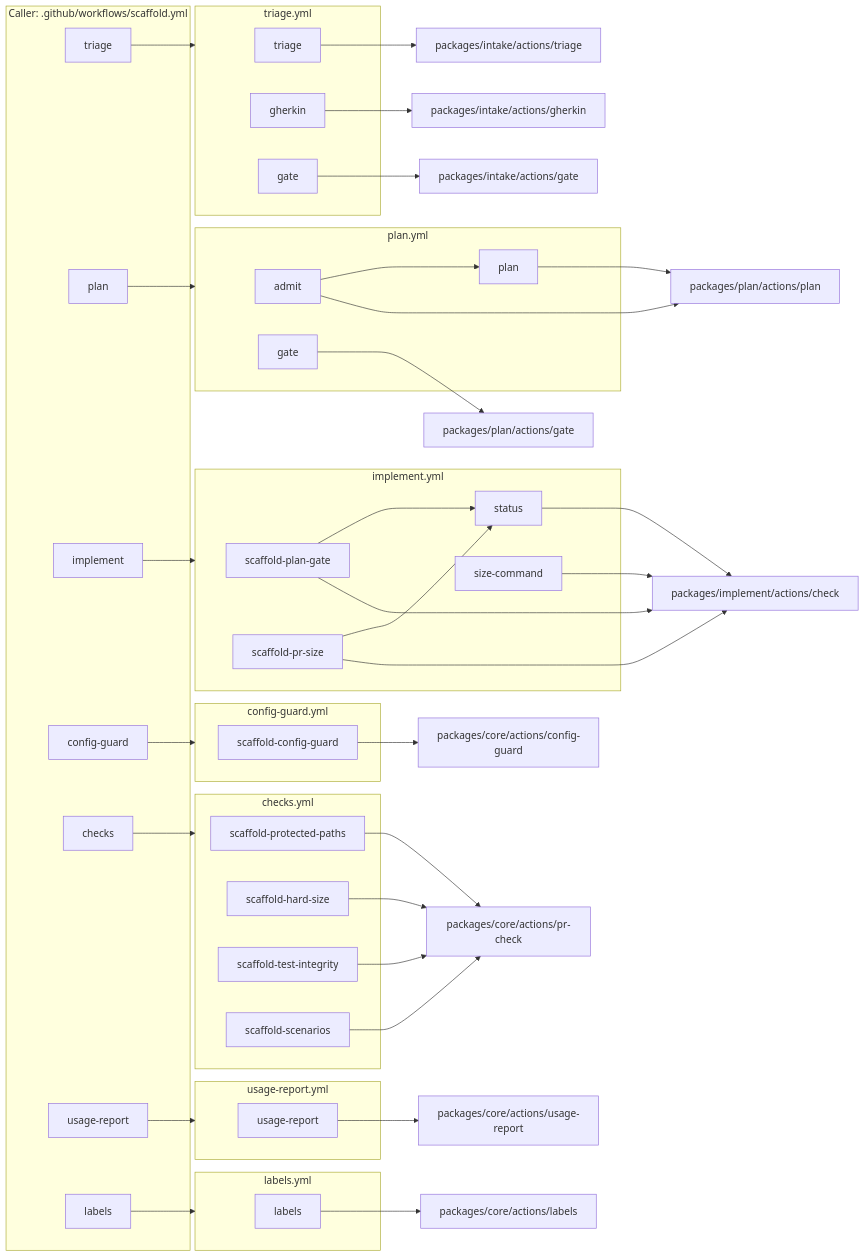
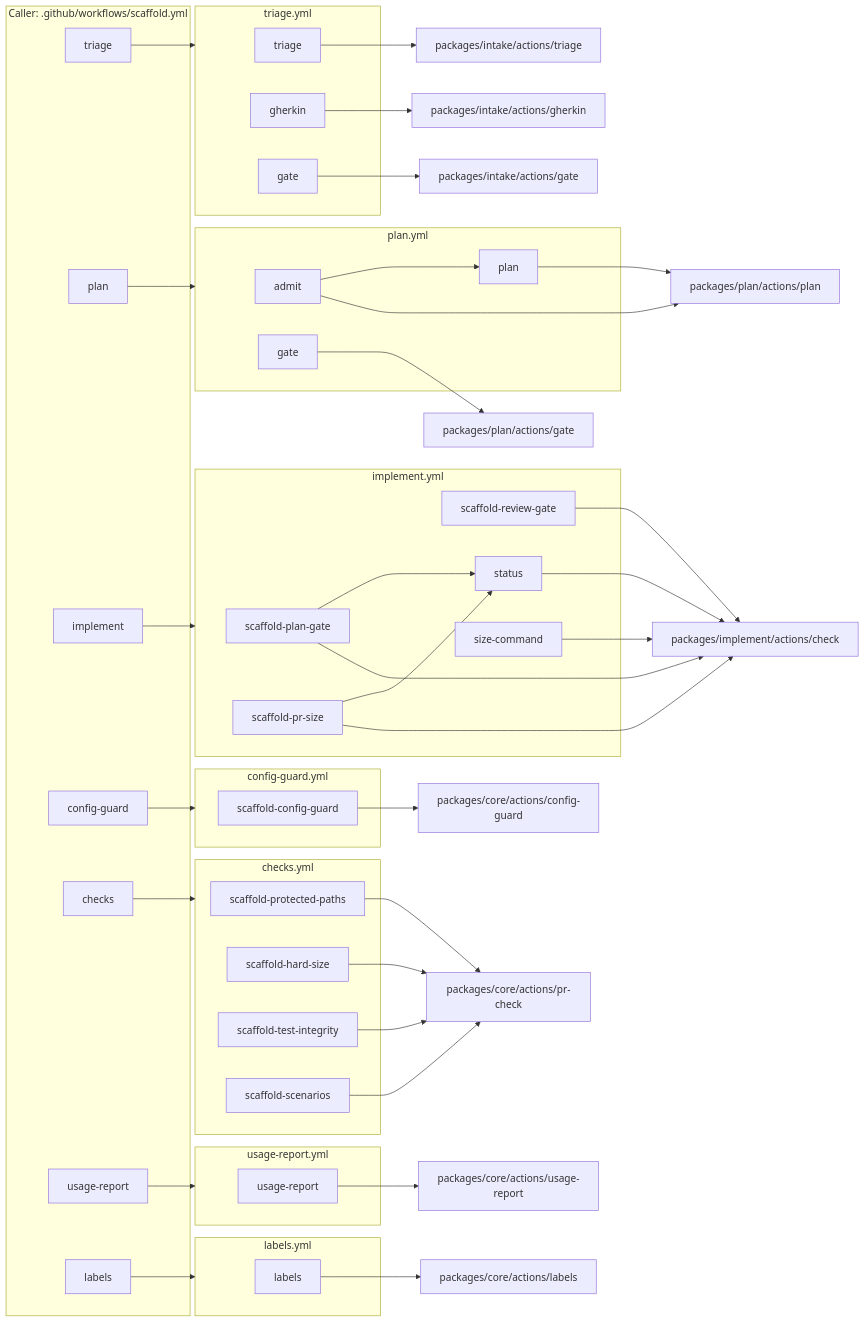
One commit to JackWP1/scaffold changed the second of 2 diagrams in docs/diagrams/architecture.md. Above: the diagram before and after it, drawn with Mermaid. The commit also changed 9 other files, not shown here.

First line of the commit message:
Slice 3: review gate, automatic rework, circuit breaker, work in progress

````diff
--- a/docs/diagrams/architecture.md
+++ b/docs/diagrams/architecture.md
@@ -88,70 +88,72 @@
 ```mermaid
 flowchart LR
   subgraph caller["Caller: .github/workflows/scaffold.yml"]
     c_triage["triage"]
     c_plan["plan"]
     c_implement["implement"]
     c_config_guard["config-guard"]
     c_checks["checks"]
     c_usage_report["usage-report"]
     c_labels["labels"]
   end
   subgraph w_checks_yml["checks.yml"]
     w_checks_yml_scaffold_protected_paths["scaffold-protected-paths"]
     w_checks_yml_scaffold_hard_size["scaffold-hard-size"]
     w_checks_yml_scaffold_test_integrity["scaffold-test-integrity"]
     w_checks_yml_scaffold_scenarios["scaffold-scenarios"]
   end
   subgraph w_config_guard_yml["config-guard.yml"]
     w_config_guard_yml_scaffold_config_guard["scaffold-config-guard"]
   end
   subgraph w_implement_yml["implement.yml"]
     w_implement_yml_scaffold_plan_gate["scaffold-plan-gate"]
     w_implement_yml_scaffold_pr_size["scaffold-pr-size"]
+    w_implement_yml_scaffold_review_gate["scaffold-review-gate"]
     w_implement_yml_status["status"]
     w_implement_yml_scaffold_plan_gate --> w_implement_yml_status
     w_implement_yml_scaffold_pr_size --> w_implement_yml_status
     w_implement_yml_size_command["size-command"]
   end
   subgraph w_labels_yml["labels.yml"]
     w_labels_yml_labels["labels"]
   end
   subgraph w_plan_yml["plan.yml"]
     w_plan_yml_admit["admit"]
     w_plan_yml_plan["plan"]
     w_plan_yml_admit --> w_plan_yml_plan
     w_plan_yml_gate["gate"]
   end
   subgraph w_triage_yml["triage.yml"]
     w_triage_yml_triage["triage"]
     w_triage_yml_gherkin["gherkin"]
     w_triage_yml_gate["gate"]
   end
   subgraph w_usage_report_yml["usage-report.yml"]
     w_usage_report_yml_usage_report["usage-report"]
   end
   c_triage --> w_triage_yml
   c_plan --> w_plan_yml
   c_implement --> w_implement_yml
   c_config_guard --> w_config_guard_yml
   c_checks --> w_checks_yml
   c_usage_report --> w_usage_report_yml
   c_labels --> w_labels_yml
   w_checks_yml_scaffold_protected_paths --> a_packages_core_actions_pr_check["packages/core/actions/pr-check"]
   w_checks_yml_scaffold_hard_size --> a_packages_core_actions_pr_check["packages/core/actions/pr-check"]
   w_checks_yml_scaffold_test_integrity --> a_packages_core_actions_pr_check["packages/core/actions/pr-check"]
   w_checks_yml_scaffold_scenarios --> a_packages_core_actions_pr_check["packages/core/actions/pr-check"]
   w_config_guard_yml_scaffold_config_guard --> a_packages_core_actions_config_guard["packages/core/actions/config-guard"]
   w_implement_yml_scaffold_plan_gate --> a_packages_implement_actions_check["packages/implement/actions/check"]
   w_implement_yml_scaffold_pr_size --> a_packages_implement_actions_check["packages/implement/actions/check"]
+  w_implement_yml_scaffold_review_gate --> a_packages_implement_actions_check["packages/implement/actions/check"]
   w_implement_yml_status --> a_packages_implement_actions_check["packages/implement/actions/check"]
   w_implement_yml_size_command --> a_packages_implement_actions_check["packages/implement/actions/check"]
   w_labels_yml_labels --> a_packages_core_actions_labels["packages/core/actions/labels"]
   w_plan_yml_admit --> a_packages_plan_actions_plan["packages/plan/actions/plan"]
   w_plan_yml_plan --> a_packages_plan_actions_plan["packages/plan/actions/plan"]
   w_plan_yml_gate --> a_packages_plan_actions_gate["packages/plan/actions/gate"]
   w_triage_yml_triage --> a_packages_intake_actions_triage["packages/intake/actions/triage"]
   w_triage_yml_gherkin --> a_packages_intake_actions_gherkin["packages/intake/actions/gherkin"]
   w_triage_yml_gate --> a_packages_intake_actions_gate["packages/intake/actions/gate"]
   w_usage_report_yml_usage_report --> a_packages_core_actions_usage_report["packages/core/actions/usage-report"]
 ```
````
